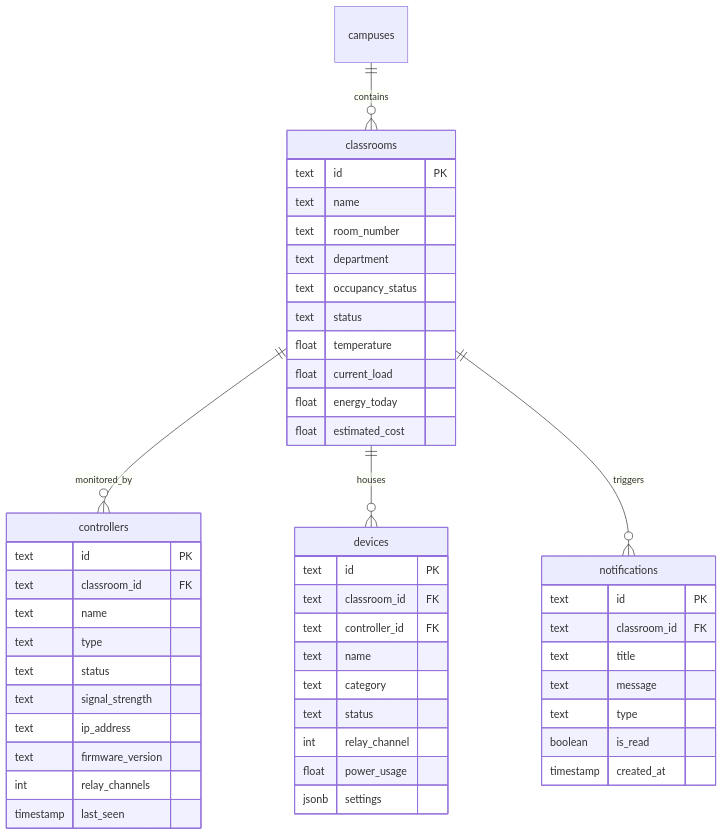
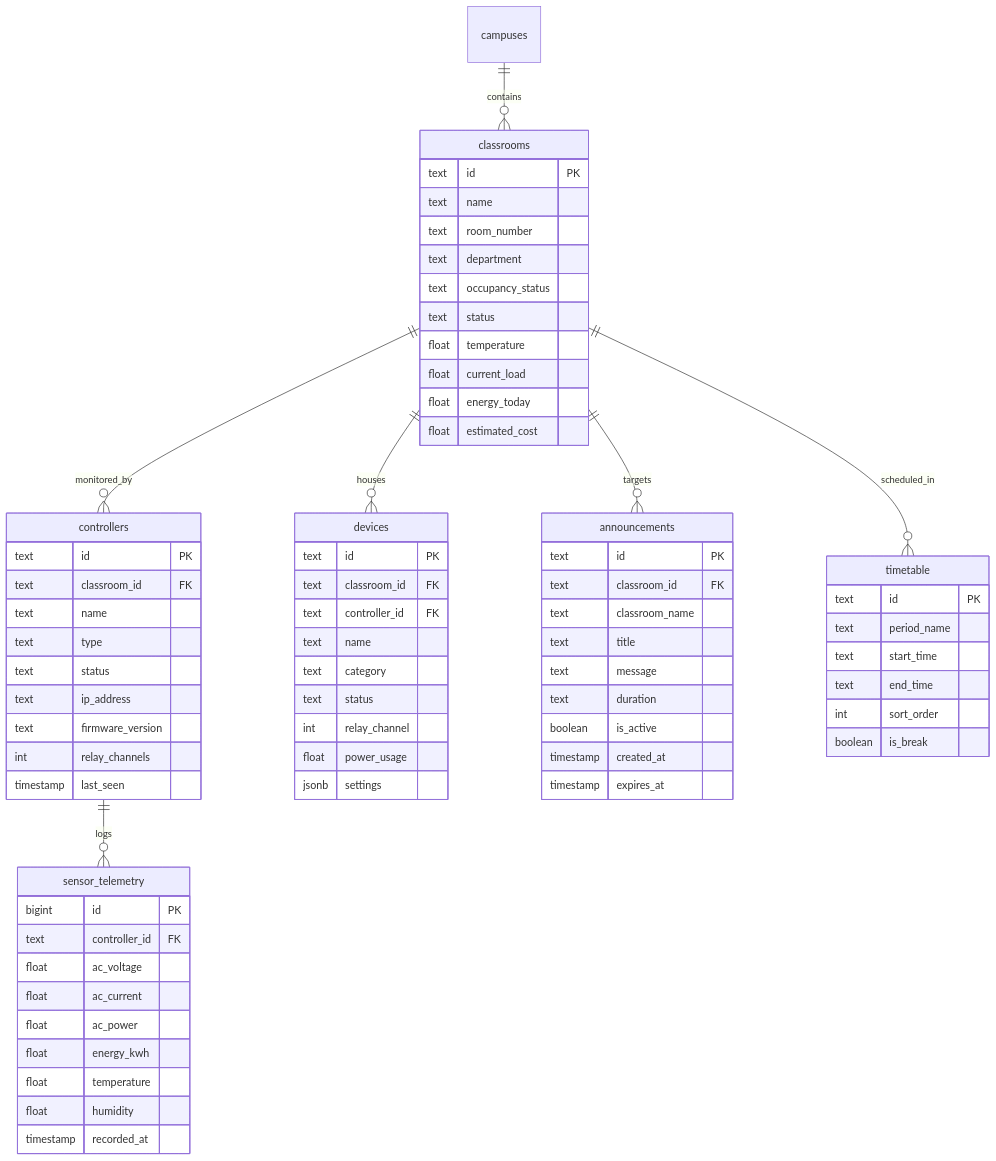
Before and after one commit to a5hil/FISAT_Smart_Campus: the second of 2 diagrams in SYSTEM_DOCUMENTATION.md, drawn with Mermaid. The commit also changed other lines of this file and 11 other files, not shown here.

````diff
--- a/SYSTEM_DOCUMENTATION.md
+++ b/SYSTEM_DOCUMENTATION.md
@@ -249,55 +460,79 @@
 ```mermaid
 erDiagram
     campuses ||--o{ classrooms : contains
     classrooms ||--o{ controllers : monitored_by
     classrooms ||--o{ devices : houses
-    classrooms ||--o{ notifications : triggers
+    classrooms ||--o{ announcements : targets
+    classrooms ||--o{ timetable : scheduled_in
+    controllers ||--o{ sensor_telemetry : logs
 
     classrooms {
         text id PK
         text name
         text room_number
         text department
         text occupancy_status
         text status
         float temperature
         float current_load
         float energy_today
         float estimated_cost
     }
 
     controllers {
         text id PK
         text classroom_id FK
         text name
         text type
         text status
-        text signal_strength
         text ip_address
         text firmware_version
         int relay_channels
         timestamp last_seen
     }
 
     devices {
         text id PK
         text classroom_id FK
         text controller_id FK
         text name
         text category
         text status
         int relay_channel
         float power_usage
         jsonb settings
     }
 
-    notifications {
+    announcements {
         text id PK
         text classroom_id FK
+        text classroom_name
         text title
         text message
-        text type
-        boolean is_read
+        text duration
+        boolean is_active
         timestamp created_at
+        timestamp expires_at
+    }
+
+    timetable {
+        text id PK
+        text period_name
+        text start_time
+        text end_time
+        int sort_order
+        boolean is_break
+    }
+
+    sensor_telemetry {
+        bigint id PK
+        text controller_id FK
+        float ac_voltage
+        float ac_current
+        float ac_power
+        float energy_kwh
+        float temperature
+        float humidity
+        timestamp recorded_at
     }
 ```
````
